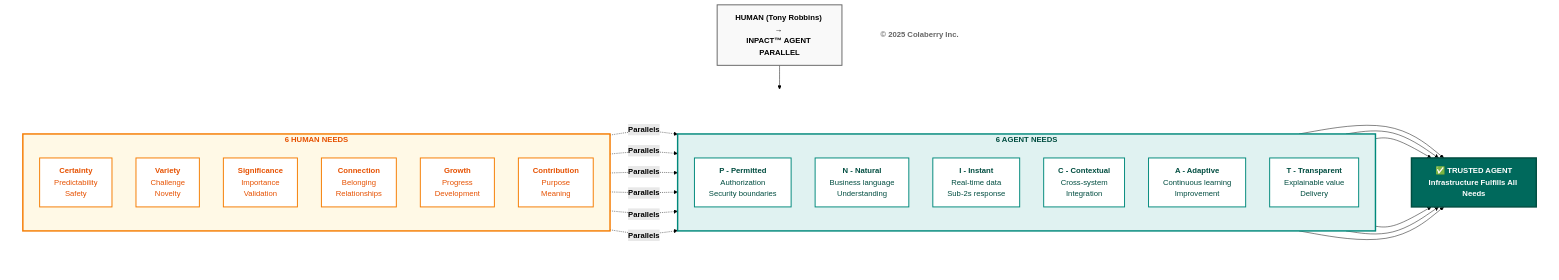
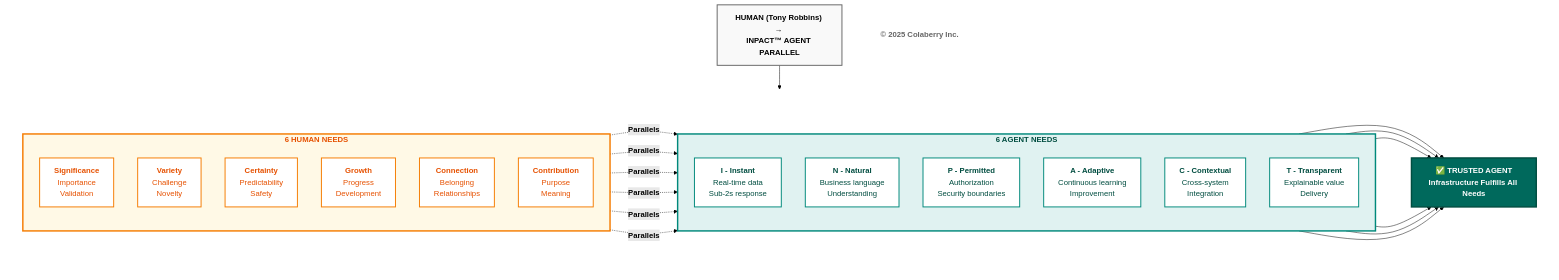
The third of 12 diagrams in manuscript/03_chapter_2_inpact_framework_v3_7.md (colaberry/trust-before-intelligence-book), drawn with Mermaid (forest theme) before and after one commit.

Commit message:
aligning tonys needs with agent needs
aligning tonys needs with agent needs

````diff
--- a/manuscript/03_chapter_2_inpact_framework_v3_7.md
+++ b/manuscript/03_chapter_2_inpact_framework_v3_7.md
@@ -134,72 +134,72 @@
 ```mermaid
 graph TB
     TITLE["<b>HUMAN (Tony Robbins) → <br/>INPACT™ AGENT PARALLEL</b>"]
     
     TITLE --> ROW
     
     subgraph ROW[" "]
         direction LR
         
         subgraph HUMAN["<b>6 HUMAN NEEDS </b>"]
             direction TB
-            H1["<b>Certainty</b><br/>Predictability<br/>Safety"]
+            H1["<b>Significance</b><br/>Importance<br/>Validation"]
             H2["<b>Variety</b><br/>Challenge<br/>Novelty"]
-            H3["<b>Significance</b><br/>Importance<br/>Validation"]
-            H4["<b>Connection</b><br/>Belonging<br/>Relationships"]
-            H5["<b>Growth</b><br/>Progress<br/>Development"]
+            H3["<b>Certainty</b><br/>Predictability<br/>Safety"]
+            H4["<b>Growth</b><br/>Progress<br/>Development"]
+            H5["<b>Connection</b><br/>Belonging<br/>Relationships"]
             H6["<b>Contribution</b><br/>Purpose<br/>Meaning"]
         end
         
         subgraph AGENT["<b>6 AGENT NEEDS</b>"]
             direction TB
-            A1["<b>P - Permitted</b><br/>Authorization<br/>Security boundaries"]
+            A1["<b>I - Instant</b><br/>Real-time data<br/>Sub-2s response"]
             A2["<b>N - Natural</b><br/>Business language<br/>Understanding"]
-            A3["<b>I - Instant</b><br/>Real-time data<br/>Sub-2s response"]
-            A4["<b>C - Contextual</b><br/>Cross-system<br/>Integration"]
-            A5["<b>A - Adaptive</b><br/>Continuous learning<br/>Improvement"]
+            A3["<b>P - Permitted</b><br/>Authorization<br/>Security boundaries"]
+            A4["<b>A - Adaptive</b><br/>Continuous learning<br/>Improvement"]
+            A5["<b>C - Contextual</b><br/>Cross-system<br/>Integration"]
             A6["<b>T - Transparent</b><br/>Explainable value<br/>Delivery"]
         end
         
         TRUST["<b>✅ TRUSTED AGENT</b><br/><b>Infrastructure Fulfills All Needs</b>"]
         
         H1 -.->|<b>Parallels</b>| A1
         H2 -.->|<b>Parallels</b>| A2
         H3 -.->|<b>Parallels</b>| A3
         H4 -.->|<b>Parallels</b>| A4
         H5 -.->|<b>Parallels</b>| A5
         H6 -.->|<b>Parallels</b>| A6
         
         A1 --> TRUST
         A2 --> TRUST
         A3 --> TRUST
         A4 --> TRUST
         A5 --> TRUST
         A6 --> TRUST
     end
     
     COPYRIGHT["<b>© 2025 Colaberry Inc.</b>"]
     
     style TITLE fill:#f9f9f9,stroke:#666666,stroke-width:2px,color:#000000
     
     style ROW fill:#ffffff,stroke:none
     
     style HUMAN fill:#fff9e6,stroke:#f57c00,stroke-width:3px,color:#e65100
     style H1 fill:#ffffff,stroke:#f57c00,stroke-width:2px,color:#e65100
     style H2 fill:#ffffff,stroke:#f57c00,stroke-width:2px,color:#e65100
     style H3 fill:#ffffff,stroke:#f57c00,stroke-width:2px,color:#e65100
     style H4 fill:#ffffff,stroke:#f57c00,stroke-width:2px,color:#e65100
     style H5 fill:#ffffff,stroke:#f57c00,stroke-width:2px,color:#e65100
     style H6 fill:#ffffff,stroke:#f57c00,stroke-width:2px,color:#e65100
     
     style AGENT fill:#e0f2f1,stroke:#00897b,stroke-width:3px,color:#004d40
     style A1 fill:#ffffff,stroke:#00897b,stroke-width:2px,color:#004d40
     style A2 fill:#ffffff,stroke:#00897b,stroke-width:2px,color:#004d40
     style A3 fill:#ffffff,stroke:#00897b,stroke-width:2px,color:#004d40
     style A4 fill:#ffffff,stroke:#00897b,stroke-width:2px,color:#004d40
     style A5 fill:#ffffff,stroke:#00897b,stroke-width:2px,color:#004d40
     style A6 fill:#ffffff,stroke:#00897b,stroke-width:2px,color:#004d40
     
     style TRUST fill:#00695c,color:#ffffff,stroke:#004d40,stroke-width:3px
     
     style COPYRIGHT fill:#ffffff,stroke:none,color:#666666
 ```
````
